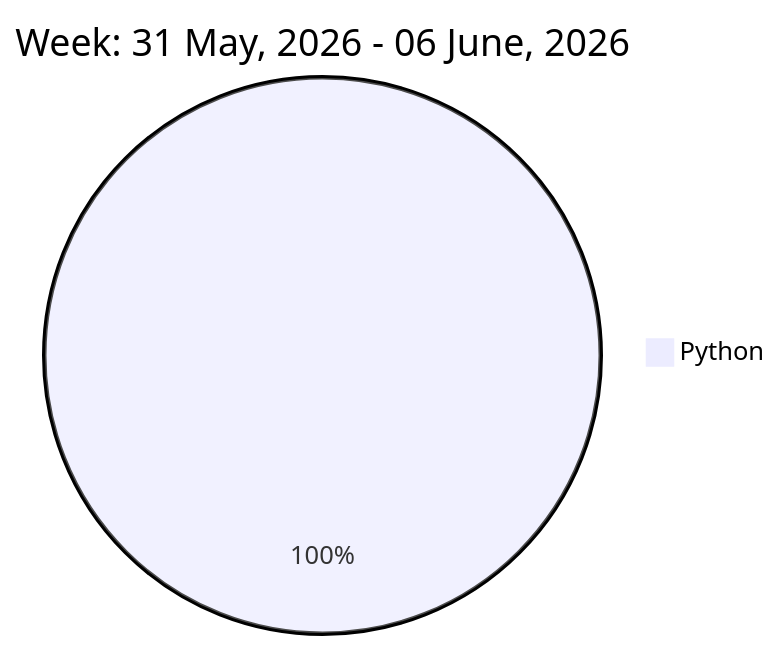
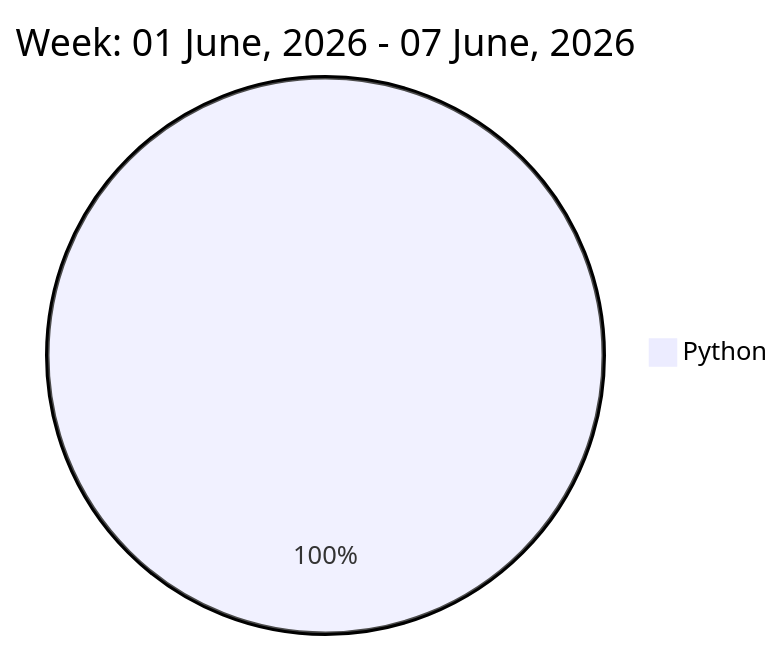
The diagram in README.md (liubin95/liubin95), drawn with Mermaid before and after one commit.

Commit message:
Updated the Graph with new Metrics

````diff
--- a/README.md
+++ b/README.md
@@ -32,5 +32,5 @@
 ```mermaid
  pie
-title Week: 31 May, 2026 - 06 June, 2026
+title Week: 01 June, 2026 - 07 June, 2026
  "Python" : 12.65
 ```
````
